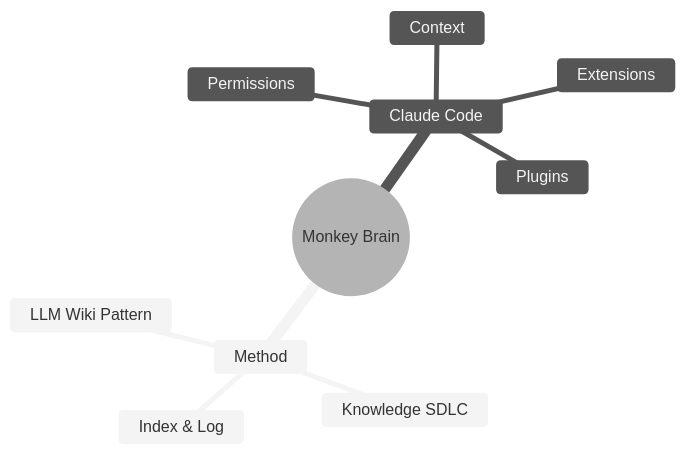
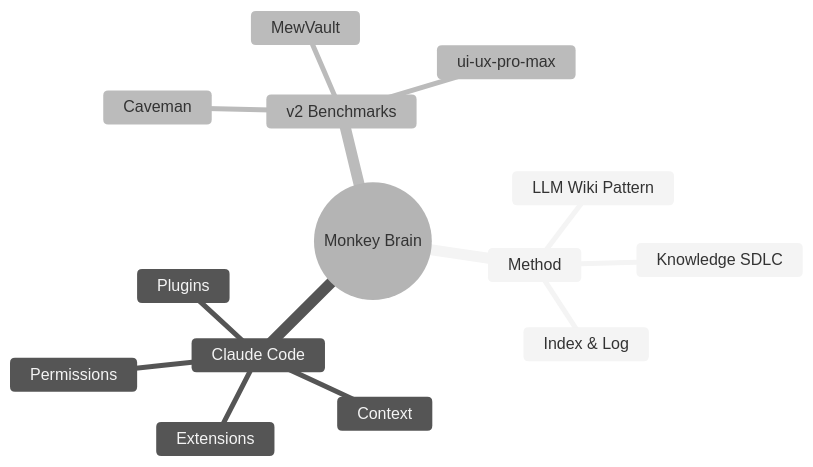
One commit to NeamulMorshed/The-Monkey-Brain changed the diagram in examples/claude-code-brain/wiki/index.md. Above: the diagram before and after it, drawn with Mermaid (neutral theme). The commit also changed other lines of this file and 5 other files, not shown here.

````diff
--- a/examples/claude-code-brain/wiki/index.md
+++ b/examples/claude-code-brain/wiki/index.md
@@ -21,13 +21,17 @@
 ```mermaid
 mindmap
   root((Monkey Brain))
     Method
       LLM Wiki Pattern
       Knowledge SDLC
       Index & Log
     Claude Code
       Permissions
       Context
       Extensions
       Plugins
+    v2 Benchmarks
+      Caveman
+      MewVault
+      ui-ux-pro-max
 ```
````
